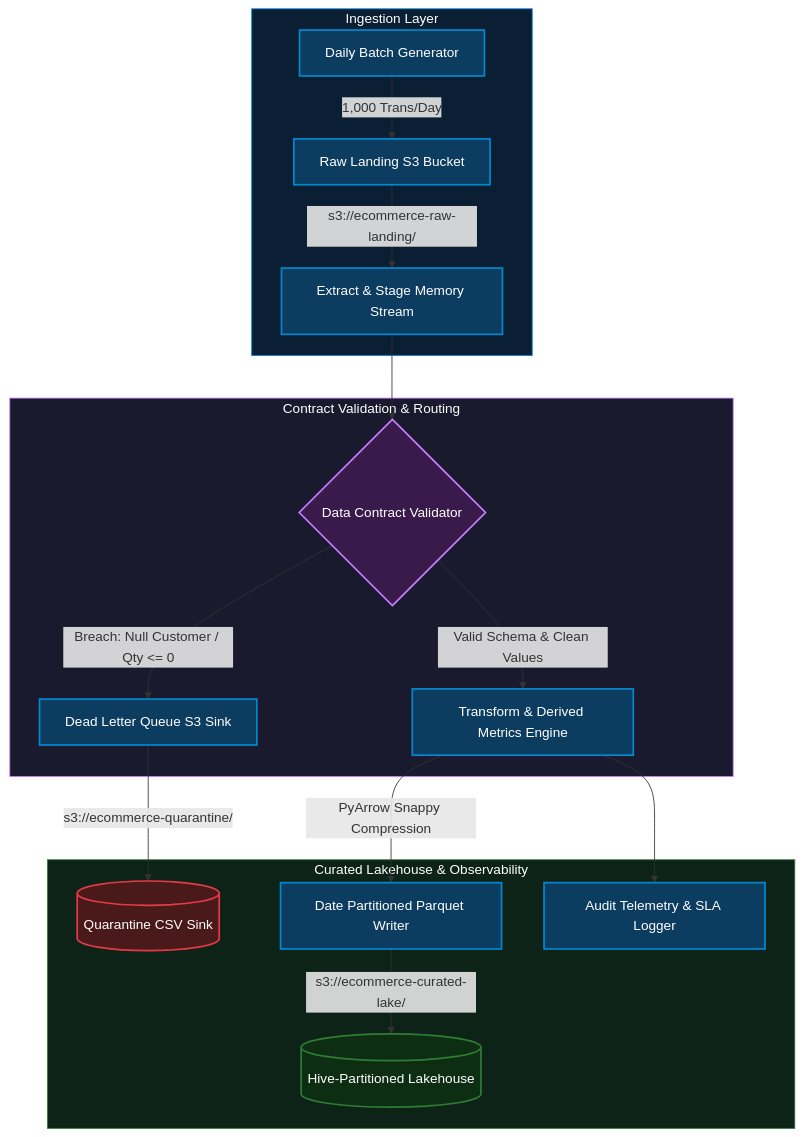
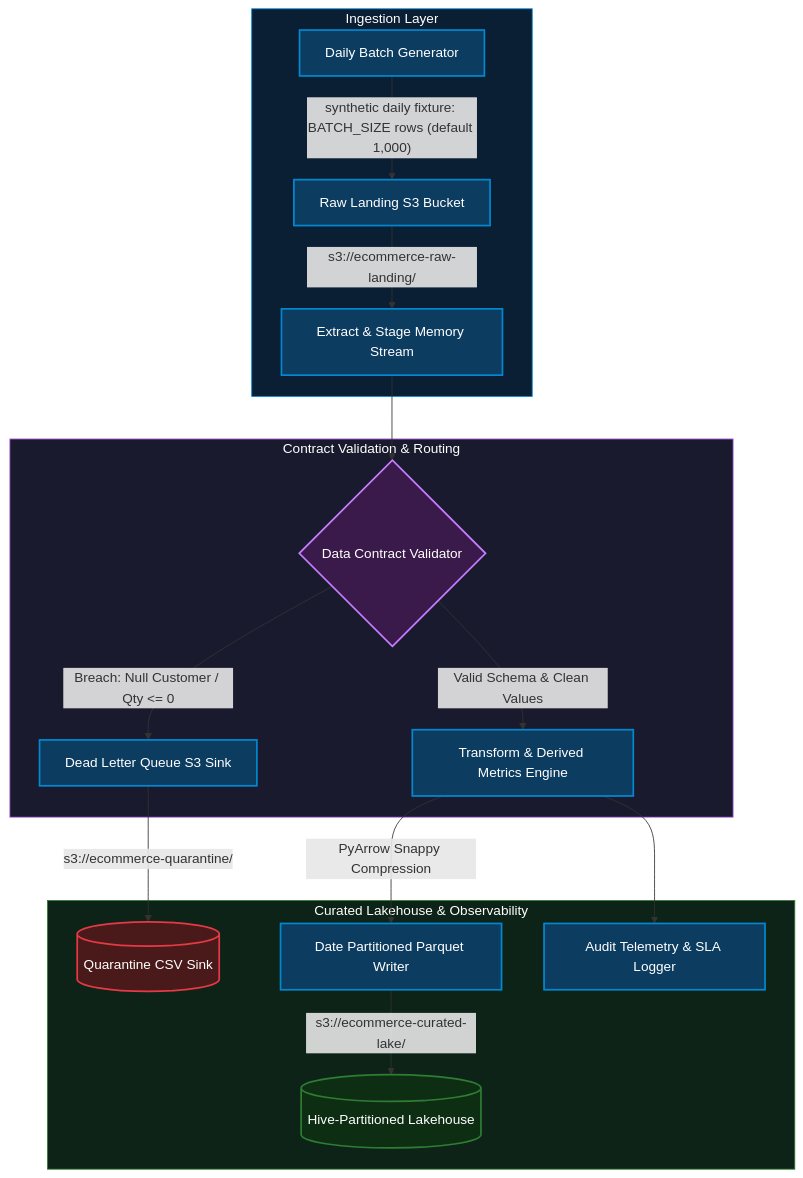
One commit to arsalankazi/airflow-batch-pipeline changed the first of 3 diagrams in README.md. Above: the diagram before and after it, drawn with Mermaid. The commit also changed other lines of this file and 8 other files, not shown here.

````diff
--- a/README.md
+++ b/README.md
@@ -9,34 +9,34 @@
 ```mermaid
 flowchart TD
     subgraph Ingestion["Ingestion Layer"]
-        A[Daily Batch Generator] -->|1,000 Trans/Day| B[Raw Landing S3 Bucket]
-        B -->|s3://ecommerce-raw-landing/| C[Extract & Stage Memory Stream]
+        A[Daily Batch Generator] -->|"synthetic daily fixture: BATCH_SIZE rows (default 1,000)"| B[Raw Landing S3 Bucket]
+        B -->|"s3://ecommerce-raw-landing/"| C[Extract & Stage Memory Stream]
     end
 
     subgraph Validation["Contract Validation & Routing"]
         C --> D{Data Contract Validator}
-        D -->|Breach: Null Customer / Qty <= 0| E[Dead Letter Queue S3 Sink]
-        D -->|Valid Schema & Clean Values| F[Transform & Derived Metrics Engine]
+        D -->|"Breach: Null Customer / Qty <= 0"| E[Dead Letter Queue S3 Sink]
+        D -->|"Valid Schema & Clean Values"| F[Transform & Derived Metrics Engine]
     end
 
     subgraph Storage["Curated Lakehouse & Observability"]
-        E -->|s3://ecommerce-quarantine/| G[(Quarantine CSV Sink)]
-        F -->|PyArrow Snappy Compression| H[Date Partitioned Parquet Writer]
-        H -->|s3://ecommerce-curated-lake/| I[(Hive-Partitioned Lakehouse)]
+        E -->|"s3://ecommerce-quarantine/"| G[(Quarantine CSV Sink)]
+        F -->|"PyArrow Snappy Compression"| H[Date Partitioned Parquet Writer]
+        H -->|"s3://ecommerce-curated-lake/"| I[(Hive-Partitioned Lakehouse)]
         F --> J[Audit Telemetry & SLA Logger]
     end
 
     classDef validation fill:#3a1a4a,stroke:#c77dff,stroke-width:2px,color:#ffffff;
     classDef quarantine fill:#4a1a1a,stroke:#e63946,stroke-width:2px,color:#ffffff;
     classDef lakehouse fill:#0d2e13,stroke:#2e7d32,stroke-width:2px,color:#ffffff;
     classDef compute fill:#0d3c61,stroke:#0288d1,stroke-width:2px,color:#ffffff;
 
     class D validation;
     class G quarantine;
     class I lakehouse;
     class A,B,C,E,F,H,J compute;
 
     style Ingestion fill:#0a1f33,stroke:#0288d1,stroke-width:1px,color:#ffffff
     style Validation fill:#1a1a2e,stroke:#c77dff,stroke-width:1px,color:#ffffff
     style Storage fill:#0d2318,stroke:#2e7d32,stroke-width:1px,color:#ffffff
 ```
````
